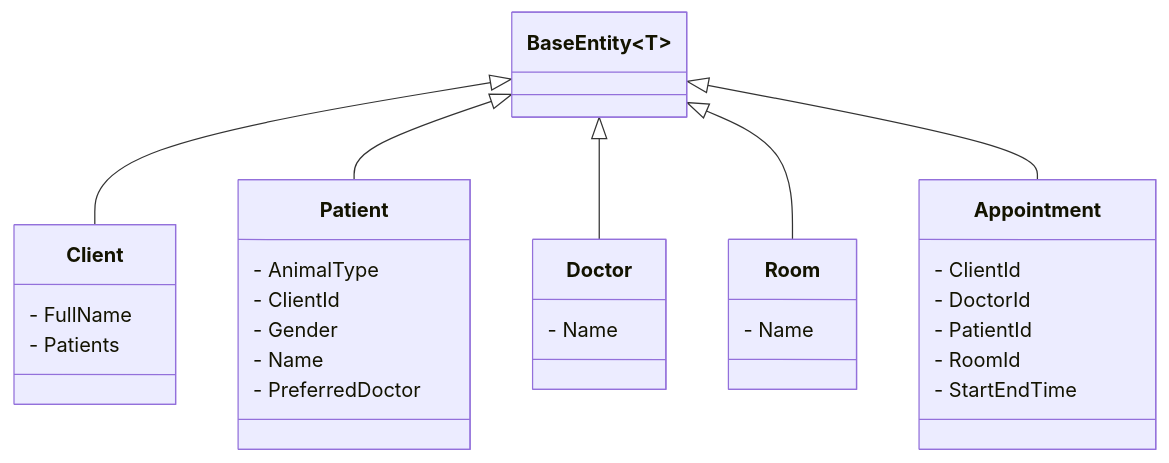
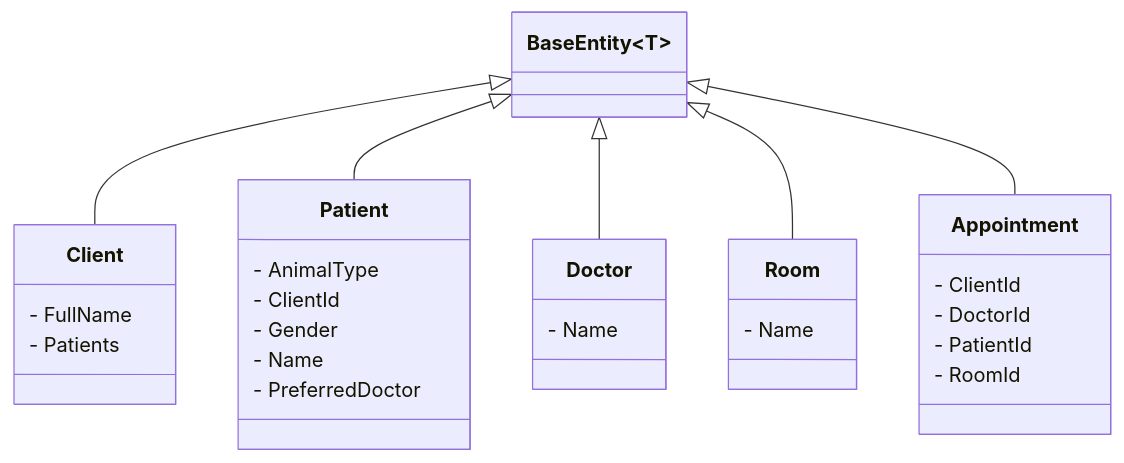
One commit to pirocorp/Object-Oriented-Design changed the second of 2 diagrams in 13. DDD/Elements of a Domain Model Entities.md. Above: the diagram before and after it, drawn with Mermaid. The commit also changed other lines of this file, not shown here.

````diff
--- a/13. DDD/Elements of a Domain Model Entities.md
+++ b/13. DDD/Elements of a Domain Model Entities.md
@@ -117,37 +119,36 @@
 ```mermaid
 classDiagram
   BaseEntity~T~ <|-- Client
   BaseEntity~T~ <|-- Patient
   BaseEntity~T~ <|-- Doctor
   BaseEntity~T~ <|-- Room
   BaseEntity~T~ <|-- Appointment
   
   class Client {
     - FullName
     - Patients
   }
   
   class Patient {
     - AnimalType
     - ClientId
     - Gender
     - Name
     - PreferredDoctor
   }
   
   class Doctor {
     - Name
   }
   
   class Room {
     - Name
   }
   
   class Appointment {
     - ClientId
     - DoctorId
     - PatientId
     - RoomId
-    - StartEndTime
   }
 ```
````
